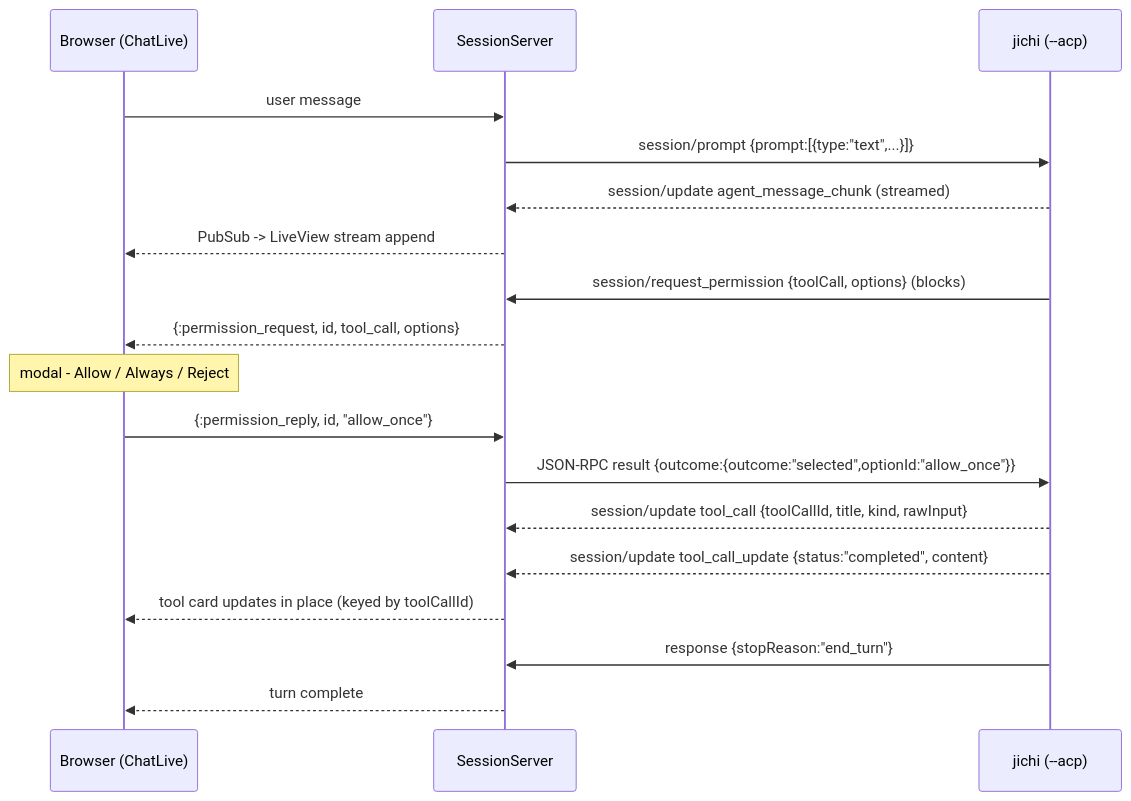
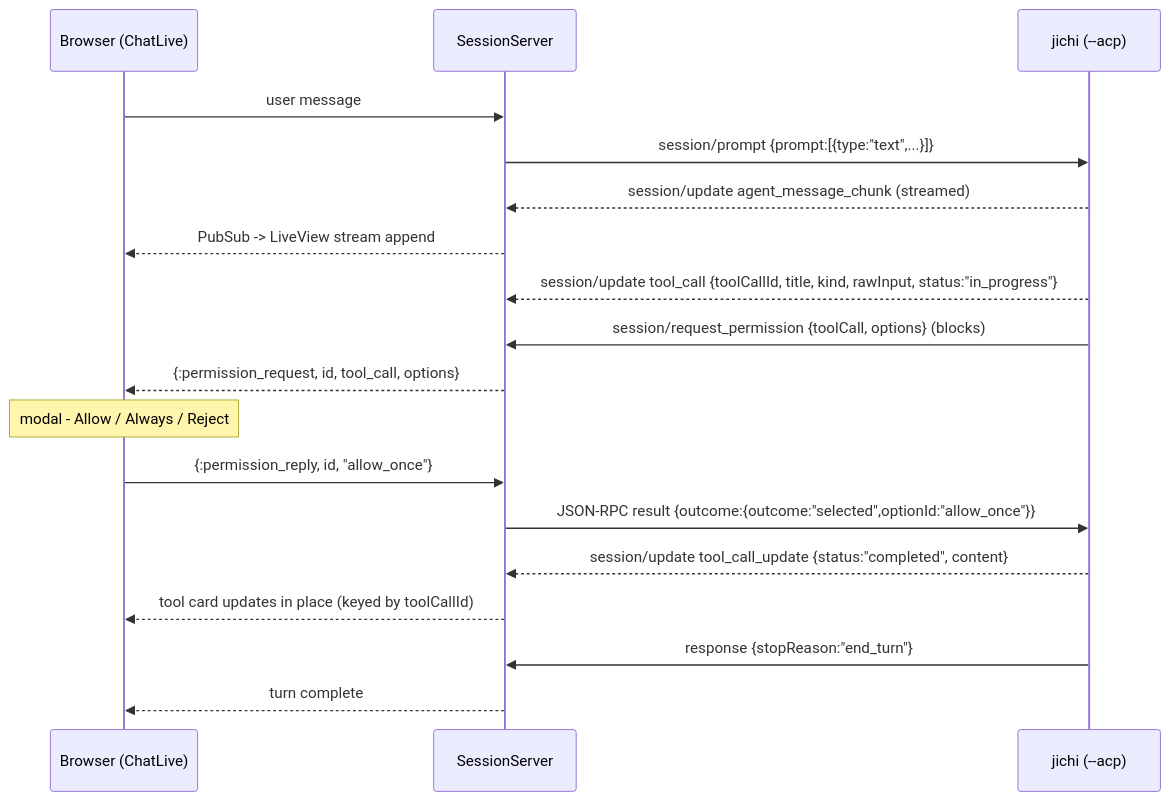
Before and after one commit to alexanderlarsdallmann/jichi: the third of 4 diagrams in docs/proposals/2026-07-web-frontend.md, drawn with Mermaid. The commit also changed other lines of this file and 983 other files, not shown here.

````diff
--- a/docs/proposals/2026-07-web-frontend.md
+++ b/docs/proposals/2026-07-web-frontend.md
@@ -182,20 +184,20 @@
 ```mermaid
 sequenceDiagram
     participant B as Browser (ChatLive)
     participant S as SessionServer
     participant J as jichi (--acp)
     B->>S: user message
     S->>J: session/prompt {prompt:[{type:"text",...}]}
     J-->>S: session/update agent_message_chunk (streamed)
     S-->>B: PubSub -> LiveView stream append
+    J-->>S: session/update tool_call {toolCallId, title, kind, rawInput, status:"in_progress"}
     J->>S: session/request_permission {toolCall, options} (blocks)
     S-->>B: {:permission_request, id, tool_call, options}
     Note over B: modal - Allow / Always / Reject
     B->>S: {:permission_reply, id, "allow_once"}
     S->>J: JSON-RPC result {outcome:{outcome:"selected",optionId:"allow_once"}}
-    J-->>S: session/update tool_call {toolCallId, title, kind, rawInput}
     J-->>S: session/update tool_call_update {status:"completed", content}
     S-->>B: tool card updates in place (keyed by toolCallId)
     J->>S: response {stopReason:"end_turn"}
     S-->>B: turn complete
 ```
````
